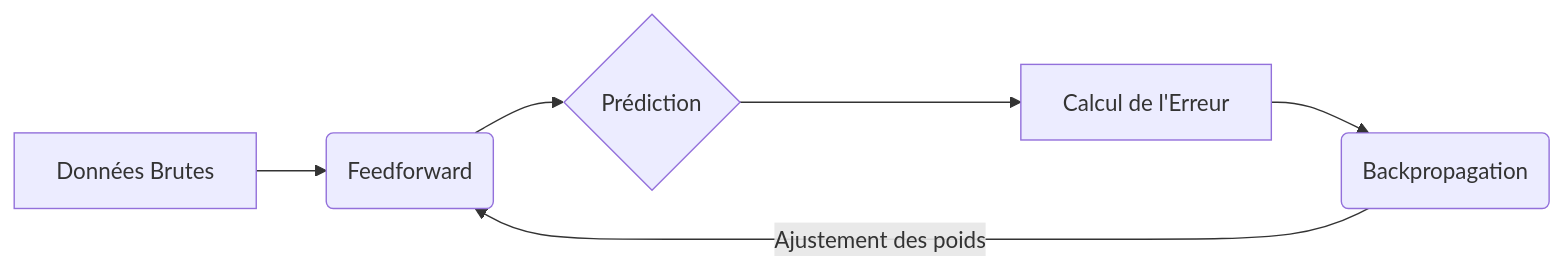
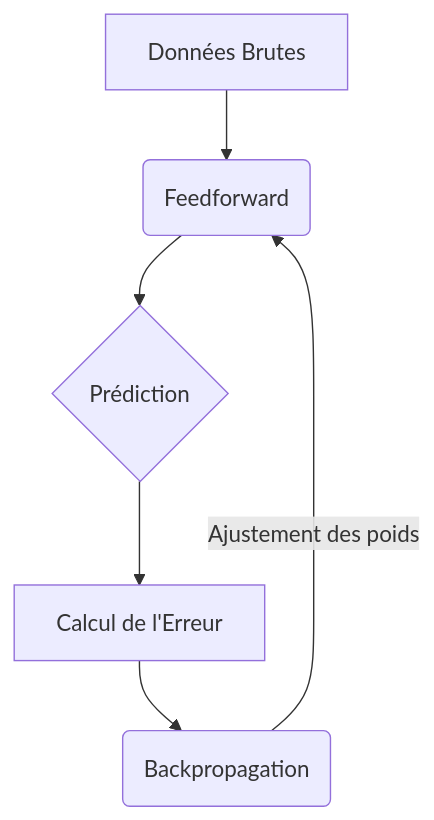
One commit to aptitek/aptispace-ia changed the first of 5 diagrams in aide-memoire.qmd. Above: the diagram before and after it, drawn with Mermaid. The commit also changed other lines of this file and 27 other files, not shown here.

Commit message:
Graphs uniformization

````diff
--- a/aide-memoire.qmd
+++ b/aide-memoire.qmd
@@ -22,8 +22,8 @@
 ```{mermaid}
-graph LR
+graph TD
     A[Données Brutes] --> B(Feedforward)
     B --> C{Prédiction}
     C --> D[Calcul de l'Erreur]
     D --> E(Backpropagation)
     E -->|Ajustement des poids| B
 ```
````
